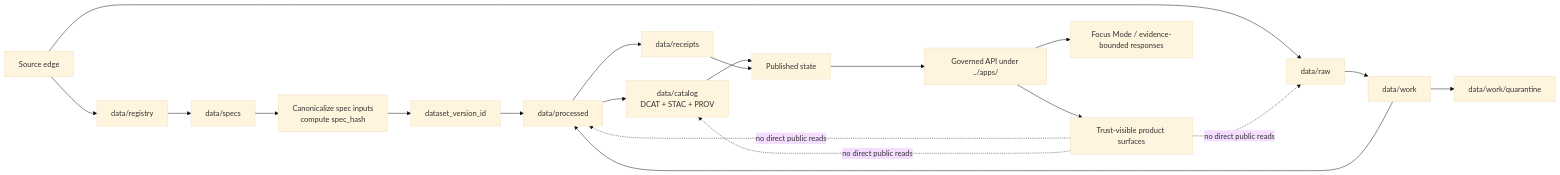
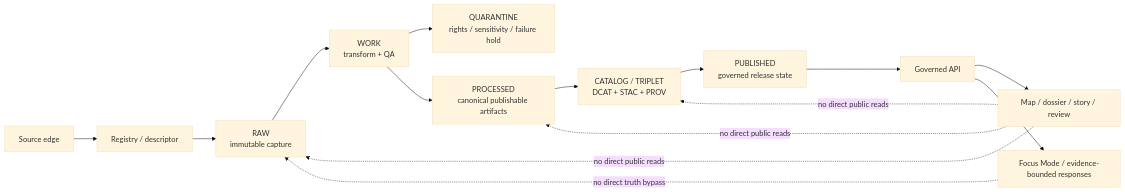
The diagram in data/README.md (bartytime4life/Kansas-Frontier-Matrix), drawn with Mermaid (base theme) before and after one commit. The commit also changed other lines of this file, not shown here.

````diff
--- a/data/README.md
+++ b/data/README.md
@@ -234,23 +256,18 @@
 ```mermaid
 flowchart LR
-    SRC[Source edge] --> REG[data/registry]
-    REG --> SPEC[data/specs]
-    SPEC --> HASH[Canonicalize spec inputs<br/>compute spec_hash]
-    SRC --> RAW[data/raw]
-    RAW --> WORK[data/work]
-    WORK --> QUAR[data/work/quarantine]
-    WORK --> PROC[data/processed]
-    HASH --> DV[dataset_version_id]
-    DV --> PROC
-    PROC --> CAT[data/catalog<br/>DCAT + STAC + PROV]
-    PROC --> REC[data/receipts]
-    CAT --> PUB[Published state]
-    REC --> PUB
-    PUB --> API[Governed API under ../apps/]
-    API --> UI[Trust-visible product surfaces]
+    SRC[Source edge] --> REG[Registry / descriptor]
+    REG --> RAW[RAW<br/>immutable capture]
+    RAW --> WORK[WORK<br/>transform + QA]
+    WORK --> QUAR[QUARANTINE<br/>rights / sensitivity / failure hold]
+    WORK --> PROC[PROCESSED<br/>canonical publishable artifacts]
+    PROC --> CAT[CATALOG / TRIPLET<br/>DCAT + STAC + PROV]
+    CAT --> REL[PUBLISHED<br/>governed release state]
+    REL --> API[Governed API]
+    API --> UI[Map / dossier / story / review]
     API --> FOCUS[Focus Mode / evidence-bounded responses]
 
     UI -. no direct public reads .-> RAW
     UI -. no direct public reads .-> PROC
     UI -. no direct public reads .-> CAT
+    FOCUS -. no direct truth bypass .-> RAW
 ```
````
